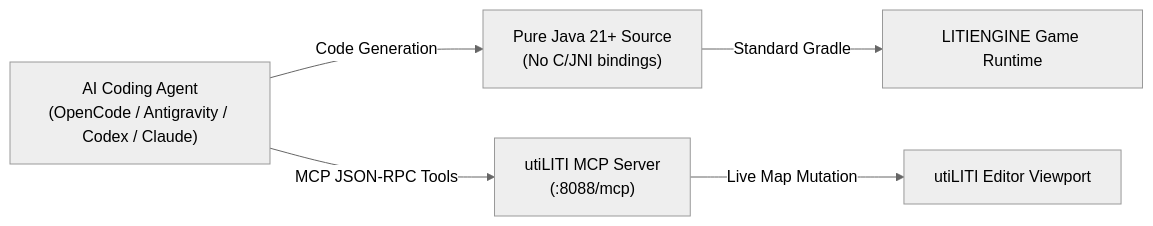
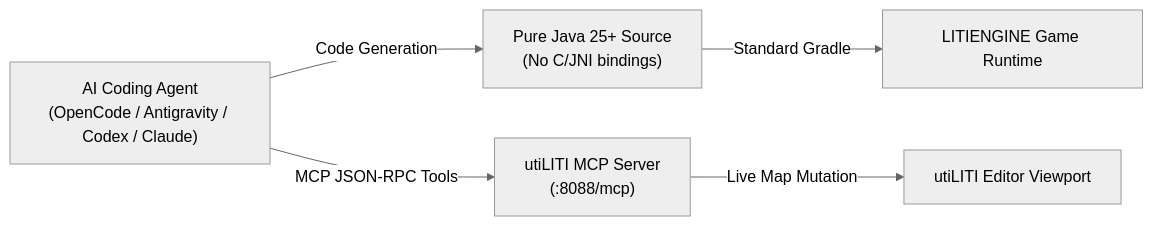
The diagram in docs/tutorials/ai-game-development.md (gurkenlabs/litiengine-docs), drawn with Mermaid (neutral theme) before and after one commit. The commit also changed other lines of this file and 15 other files, not shown here.

````diff
--- a/docs/tutorials/ai-game-development.md
+++ b/docs/tutorials/ai-game-development.md
@@ -22,7 +22,7 @@
 ```mermaid
 graph LR
-    AI["AI Coding Agent<br/>(OpenCode / Antigravity / Codex / Claude)"] -->|Code Generation| SRC["Pure Java 21+ Source<br/>(No C/JNI bindings)"]
+    AI["AI Coding Agent<br/>(OpenCode / Antigravity / Codex / Claude)"] -->|Code Generation| SRC["Pure Java 25+ Source<br/>(No C/JNI bindings)"]
     AI -->|MCP JSON-RPC Tools| MCP["utiLITI MCP Server<br/>(:8088/mcp)"]
     MCP -->|Live Map Mutation| MAP["utiLITI Editor Viewport"]
     SRC -->|Standard Gradle| GAME["LITIENGINE Game Runtime"]
 ```
````
